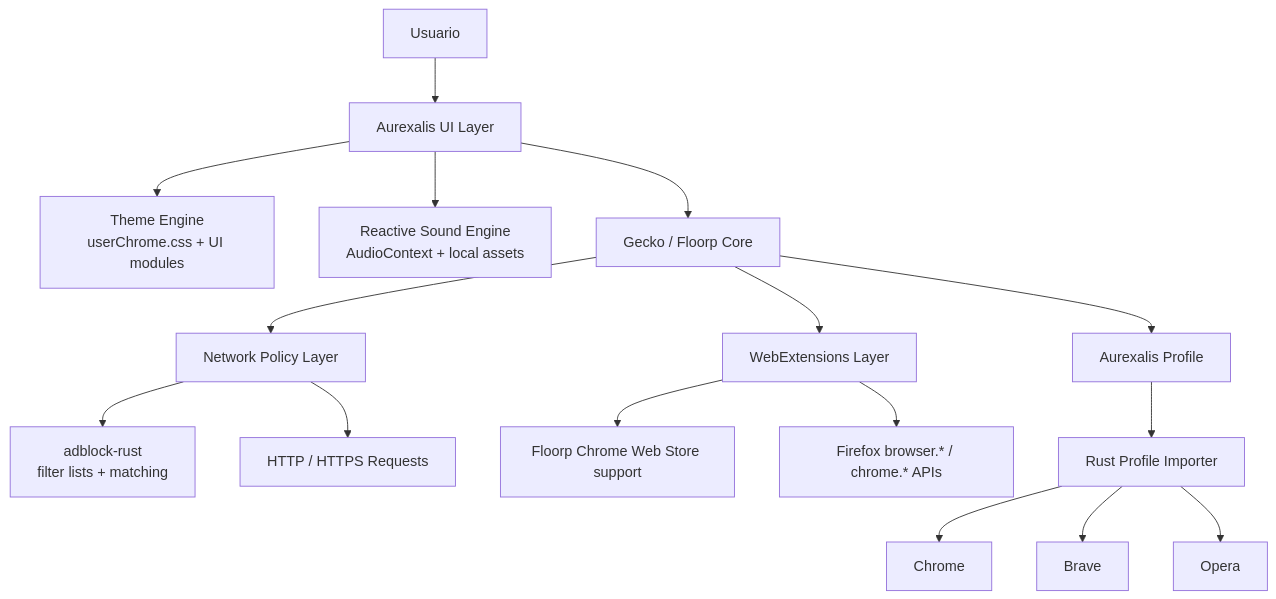
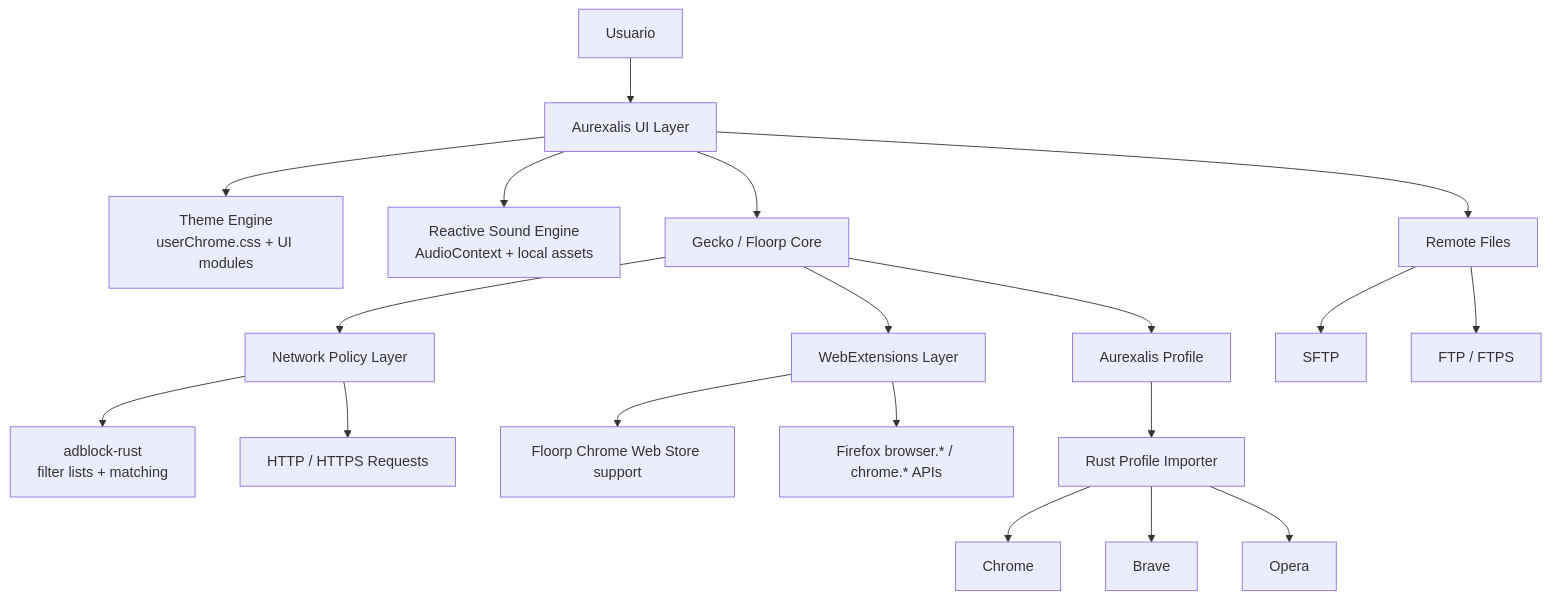
One commit to JackStar6677-1/Aurexalis changed the first of 4 diagrams in README.md. Above: the diagram before and after it, drawn with Mermaid. The commit also changed other lines of this file and 18 other files, not shown here.

````diff
--- a/README.md
+++ b/README.md
@@ -49,22 +49,26 @@
 ```mermaid
 flowchart TB
   User["Usuario"] --> UI["Aurexalis UI Layer"]
   UI --> Theme["Theme Engine<br/>userChrome.css + UI modules"]
   UI --> Sound["Reactive Sound Engine<br/>AudioContext + local assets"]
 
   UI --> Gecko["Gecko / Floorp Core"]
 
   Gecko --> Net["Network Policy Layer"]
   Net --> Adblock["adblock-rust<br/>filter lists + matching"]
   Net --> Web["HTTP / HTTPS Requests"]
 
   Gecko --> Ext["WebExtensions Layer"]
   Ext --> FloorpCWS["Floorp Chrome Web Store support"]
   Ext --> FirefoxAPI["Firefox browser.* / chrome.* APIs"]
 
   Gecko --> Profile["Aurexalis Profile"]
   Profile --> Importer["Rust Profile Importer"]
   Importer --> Chrome["Chrome"]
   Importer --> Brave["Brave"]
   Importer --> Opera["Opera"]
+
+  UI --> RemoteFiles["Remote Files"]
+  RemoteFiles --> SFTP["SFTP"]
+  RemoteFiles --> FTP["FTP / FTPS"]
 ```
````
